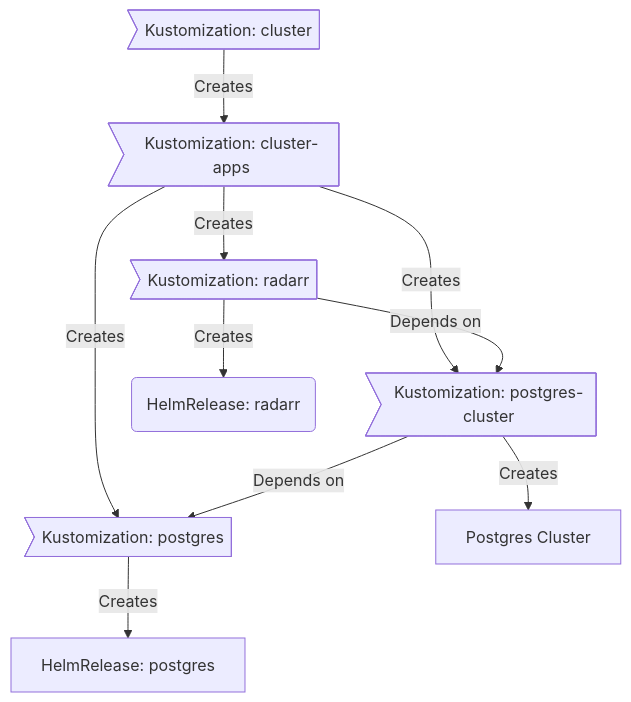
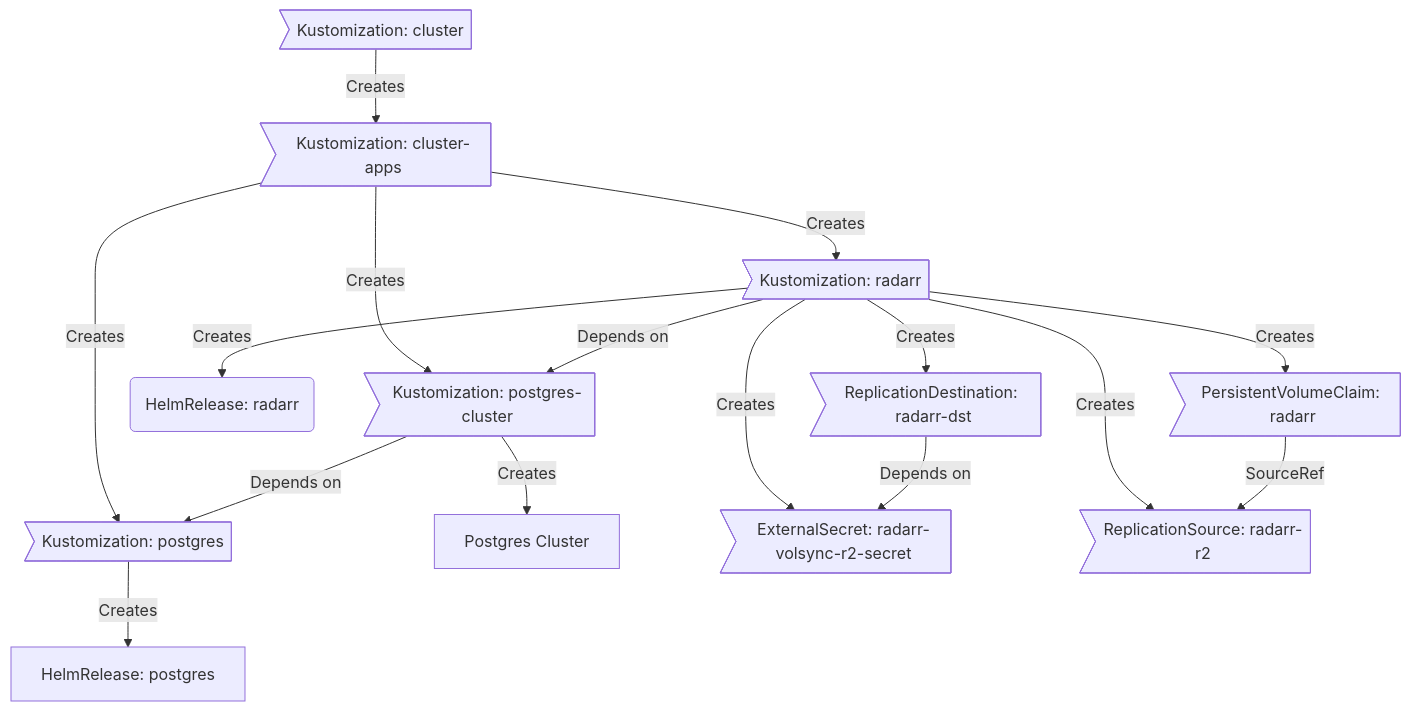
One commit to sob/home-ops changed the diagram in README.md. Above: the diagram before and after it, drawn with Mermaid.

Commit message:
[README] add dependency for volsync info

````diff
--- a/README.md
+++ b/README.md
@@ -88,12 +88,18 @@
 ```mermaid
 graph TD;
   id1>Kustomization: cluster] -->|Creates| id2>Kustomization: cluster-apps];
   id2>Kustomization: cluster-apps] -->|Creates| id3>Kustomization: postgres];
   id2>Kustomization: cluster-apps] -->|Creates| id5>Kustomization: postgres-cluster]
   id2>Kustomization: cluster-apps] -->|Creates| id8>Kustomization: radarr]
   id3>Kustomization: postgres] -->|Creates| id4[HelmRelease: postgres];
   id5>Kustomization: postgres-cluster] -->|Depends on| id3>Kustomization: postgres];
   id5>Kustomization: postgres-cluster] -->|Creates| id10[Postgres Cluster];
   id8>Kustomization: radarr] -->|Creates| id9(HelmRelease: radarr);
+  id8>Kustomization: radarr] -->|Creates| id11(PersistentVolumeClaim: radarr)
+  id8>Kustomization: radarr] -->|Creates| id12(ExternalSecret: radarr-volsync-r2-secret)
+  id8>Kustomization: radarr] -->|Creates| id13(ReplicationSource: radarr-r2)
+  id8>Kustomization: radarr] -->|Creates| id14(ReplicationDestination: radarr-dst)
+  id11>PersistentVolumeClaim: radarr] -->|SourceRef| id13>ReplicationSource: radarr-r2];
+  id14>ReplicationDestination: radarr-dst] -->|Depends on| id12>ExternalSecret: radarr-volsync-r2-secret];
   id8>Kustomization: radarr] -->|Depends on| id5>Kustomization: postgres-cluster];
 ```
````
